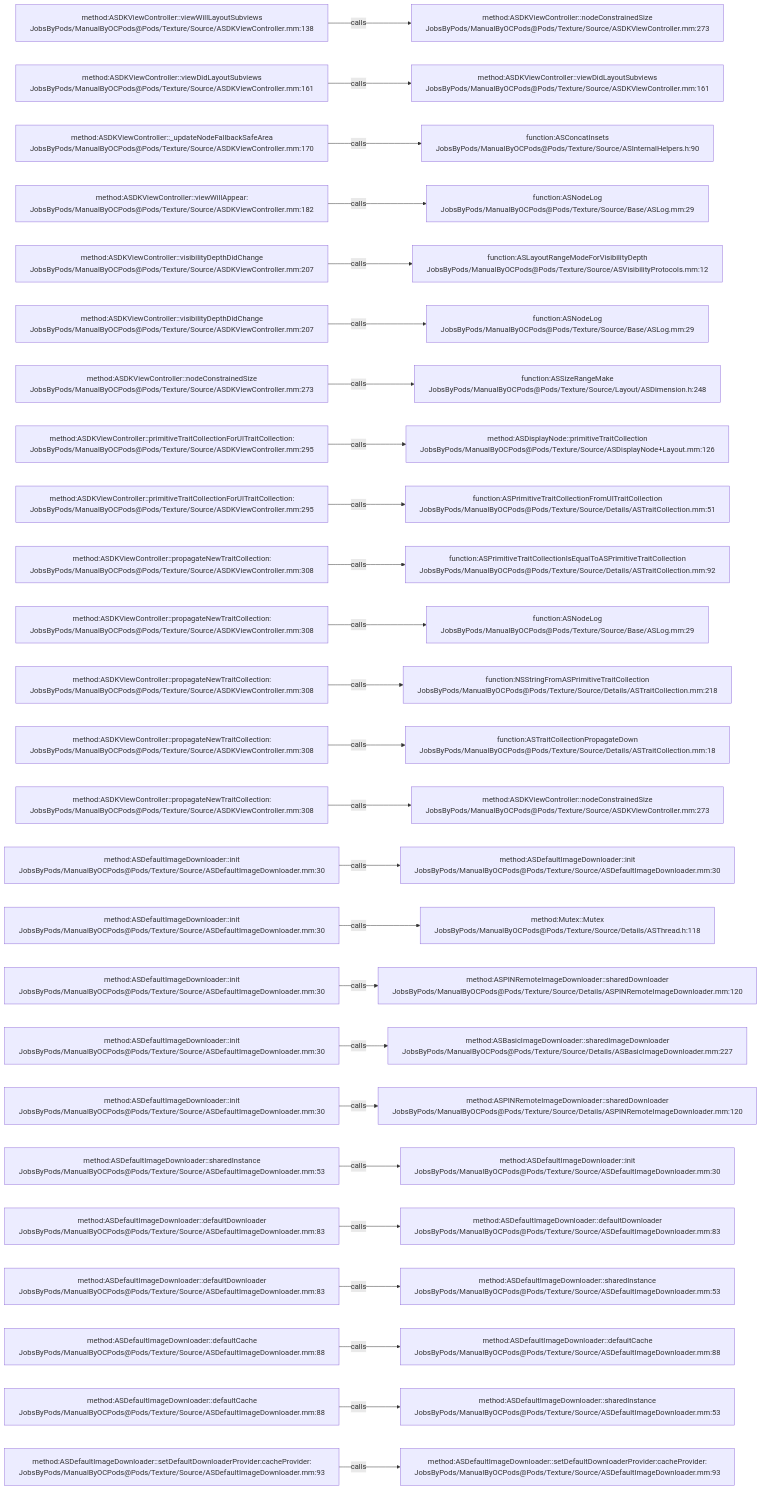
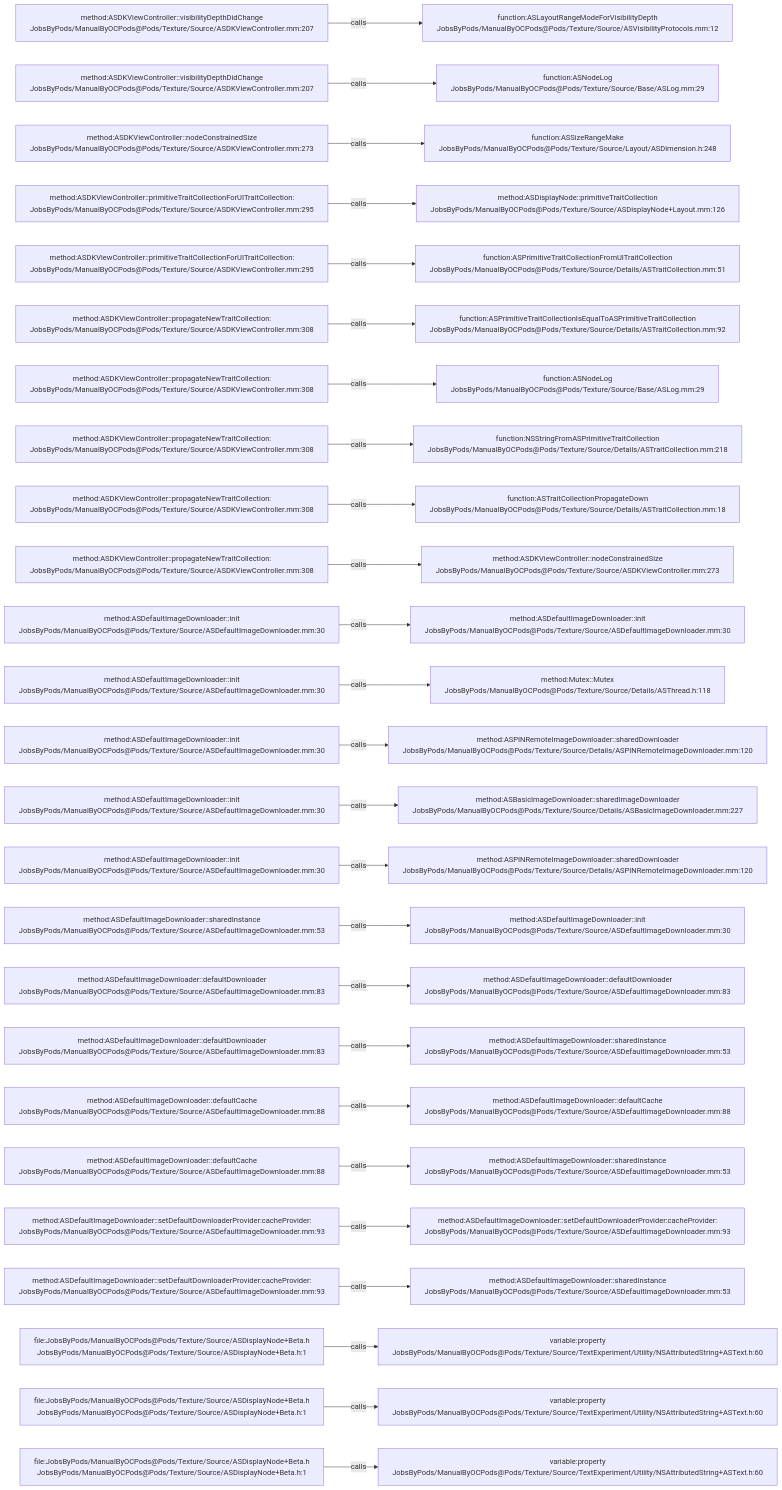
The diagram in .codegraph/codegraph.md/graphs/calls-087.md (JobsKits/JobsOCBaseConfigDemo), drawn with Mermaid before and after one commit. The commit also changed 727 other files, not shown here.

````diff
--- a/.codegraph/codegraph.md/graphs/calls-087.md
+++ b/.codegraph/codegraph.md/graphs/calls-087.md
@@ -13,78 +13,78 @@
 ```mermaid
 flowchart LR
-  S1["method:ASDKViewController::viewWillLayoutSubviews<br/>JobsByPods/ManualByOCPods@Pods/Texture/Source/ASDKViewController.mm:138"]
-  T1["method:ASDKViewController::nodeConstrainedSize<br/>JobsByPods/ManualByOCPods@Pods/Texture/Source/ASDKViewController.mm:273"]
+  S1["method:ASDKViewController::visibilityDepthDidChange<br/>JobsByPods/ManualByOCPods@Pods/Texture/Source/ASDKViewController.mm:207"]
+  T1["function:ASLayoutRangeModeForVisibilityDepth<br/>JobsByPods/ManualByOCPods@Pods/Texture/Source/ASVisibilityProtocols.mm:12"]
   S1 -->|calls| T1
-  S2["method:ASDKViewController::viewDidLayoutSubviews<br/>JobsByPods/ManualByOCPods@Pods/Texture/Source/ASDKViewController.mm:161"]
-  T2["method:ASDKViewController::viewDidLayoutSubviews<br/>JobsByPods/ManualByOCPods@Pods/Texture/Source/ASDKViewController.mm:161"]
+  S2["method:ASDKViewController::visibilityDepthDidChange<br/>JobsByPods/ManualByOCPods@Pods/Texture/Source/ASDKViewController.mm:207"]
+  T2["function:ASNodeLog<br/>JobsByPods/ManualByOCPods@Pods/Texture/Source/Base/ASLog.mm:29"]
   S2 -->|calls| T2
-  S3["method:ASDKViewController::_updateNodeFallbackSafeArea<br/>JobsByPods/ManualByOCPods@Pods/Texture/Source/ASDKViewController.mm:170"]
-  T3["function:ASConcatInsets<br/>JobsByPods/ManualByOCPods@Pods/Texture/Source/ASInternalHelpers.h:90"]
+  S3["method:ASDKViewController::nodeConstrainedSize<br/>JobsByPods/ManualByOCPods@Pods/Texture/Source/ASDKViewController.mm:273"]
+  T3["function:ASSizeRangeMake<br/>JobsByPods/ManualByOCPods@Pods/Texture/Source/Layout/ASDimension.h:248"]
   S3 -->|calls| T3
-  S4["method:ASDKViewController::viewWillAppear:<br/>JobsByPods/ManualByOCPods@Pods/Texture/Source/ASDKViewController.mm:182"]
-  T4["function:ASNodeLog<br/>JobsByPods/ManualByOCPods@Pods/Texture/Source/Base/ASLog.mm:29"]
+  S4["method:ASDKViewController::primitiveTraitCollectionForUITraitCollection:<br/>JobsByPods/ManualByOCPods@Pods/Texture/Source/ASDKViewController.mm:295"]
+  T4["method:ASDisplayNode::primitiveTraitCollection<br/>JobsByPods/ManualByOCPods@Pods/Texture/Source/ASDisplayNode+Layout.mm:126"]
   S4 -->|calls| T4
-  S5["method:ASDKViewController::visibilityDepthDidChange<br/>JobsByPods/ManualByOCPods@Pods/Texture/Source/ASDKViewController.mm:207"]
-  T5["function:ASLayoutRangeModeForVisibilityDepth<br/>JobsByPods/ManualByOCPods@Pods/Texture/Source/ASVisibilityProtocols.mm:12"]
+  S5["method:ASDKViewController::primitiveTraitCollectionForUITraitCollection:<br/>JobsByPods/ManualByOCPods@Pods/Texture/Source/ASDKViewController.mm:295"]
+  T5["function:ASPrimitiveTraitCollectionFromUITraitCollection<br/>JobsByPods/ManualByOCPods@Pods/Texture/Source/Details/ASTraitCollection.mm:51"]
   S5 -->|calls| T5
-  S6["method:ASDKViewController::visibilityDepthDidChange<br/>JobsByPods/ManualByOCPods@Pods/Texture/Source/ASDKViewController.mm:207"]
-  T6["function:ASNodeLog<br/>JobsByPods/ManualByOCPods@Pods/Texture/Source/Base/ASLog.mm:29"]
+  S6["method:ASDKViewController::propagateNewTraitCollection:<br/>JobsByPods/ManualByOCPods@Pods/Texture/Source/ASDKViewController.mm:308"]
+  T6["function:ASPrimitiveTraitCollectionIsEqualToASPrimitiveTraitCollection<br/>JobsByPods/ManualByOCPods@Pods/Texture/Source/Details/ASTraitCollection.mm:92"]
   S6 -->|calls| T6
-  S7["method:ASDKViewController::nodeConstrainedSize<br/>JobsByPods/ManualByOCPods@Pods/Texture/Source/ASDKViewController.mm:273"]
-  T7["function:ASSizeRangeMake<br/>JobsByPods/ManualByOCPods@Pods/Texture/Source/Layout/ASDimension.h:248"]
+  S7["method:ASDKViewController::propagateNewTraitCollection:<br/>JobsByPods/ManualByOCPods@Pods/Texture/Source/ASDKViewController.mm:308"]
+  T7["function:ASNodeLog<br/>JobsByPods/ManualByOCPods@Pods/Texture/Source/Base/ASLog.mm:29"]
   S7 -->|calls| T7
-  S8["method:ASDKViewController::primitiveTraitCollectionForUITraitCollection:<br/>JobsByPods/ManualByOCPods@Pods/Texture/Source/ASDKViewController.mm:295"]
-  T8["method:ASDisplayNode::primitiveTraitCollection<br/>JobsByPods/ManualByOCPods@Pods/Texture/Source/ASDisplayNode+Layout.mm:126"]
+  S8["method:ASDKViewController::propagateNewTraitCollection:<br/>JobsByPods/ManualByOCPods@Pods/Texture/Source/ASDKViewController.mm:308"]
+  T8["function:NSStringFromASPrimitiveTraitCollection<br/>JobsByPods/ManualByOCPods@Pods/Texture/Source/Details/ASTraitCollection.mm:218"]
   S8 -->|calls| T8
-  S9["method:ASDKViewController::primitiveTraitCollectionForUITraitCollection:<br/>JobsByPods/ManualByOCPods@Pods/Texture/Source/ASDKViewController.mm:295"]
-  T9["function:ASPrimitiveTraitCollectionFromUITraitCollection<br/>JobsByPods/ManualByOCPods@Pods/Texture/Source/Details/ASTraitCollection.mm:51"]
+  S9["method:ASDKViewController::propagateNewTraitCollection:<br/>JobsByPods/ManualByOCPods@Pods/Texture/Source/ASDKViewController.mm:308"]
+  T9["function:ASTraitCollectionPropagateDown<br/>JobsByPods/ManualByOCPods@Pods/Texture/Source/Details/ASTraitCollection.mm:18"]
   S9 -->|calls| T9
   S10["method:ASDKViewController::propagateNewTraitCollection:<br/>JobsByPods/ManualByOCPods@Pods/Texture/Source/ASDKViewController.mm:308"]
-  T10["function:ASPrimitiveTraitCollectionIsEqualToASPrimitiveTraitCollection<br/>JobsByPods/ManualByOCPods@Pods/Texture/Source/Details/ASTraitCollection.mm:92"]
+  T10["method:ASDKViewController::nodeConstrainedSize<br/>JobsByPods/ManualByOCPods@Pods/Texture/Source/ASDKViewController.mm:273"]
   S10 -->|calls| T10
-  S11["method:ASDKViewController::propagateNewTraitCollection:<br/>JobsByPods/ManualByOCPods@Pods/Texture/Source/ASDKViewController.mm:308"]
-  T11["function:ASNodeLog<br/>JobsByPods/ManualByOCPods@Pods/Texture/Source/Base/ASLog.mm:29"]
+  S11["method:ASDefaultImageDownloader::init<br/>JobsByPods/ManualByOCPods@Pods/Texture/Source/ASDefaultImageDownloader.mm:30"]
+  T11["method:ASDefaultImageDownloader::init<br/>JobsByPods/ManualByOCPods@Pods/Texture/Source/ASDefaultImageDownloader.mm:30"]
   S11 -->|calls| T11
-  S12["method:ASDKViewController::propagateNewTraitCollection:<br/>JobsByPods/ManualByOCPods@Pods/Texture/Source/ASDKViewController.mm:308"]
-  T12["function:NSStringFromASPrimitiveTraitCollection<br/>JobsByPods/ManualByOCPods@Pods/Texture/Source/Details/ASTraitCollection.mm:218"]
+  S12["method:ASDefaultImageDownloader::init<br/>JobsByPods/ManualByOCPods@Pods/Texture/Source/ASDefaultImageDownloader.mm:30"]
+  T12["method:Mutex::Mutex<br/>JobsByPods/ManualByOCPods@Pods/Texture/Source/Details/ASThread.h:118"]
   S12 -->|calls| T12
-  S13["method:ASDKViewController::propagateNewTraitCollection:<br/>JobsByPods/ManualByOCPods@Pods/Texture/Source/ASDKViewController.mm:308"]
-  T13["function:ASTraitCollectionPropagateDown<br/>JobsByPods/ManualByOCPods@Pods/Texture/Source/Details/ASTraitCollection.mm:18"]
+  S13["method:ASDefaultImageDownloader::init<br/>JobsByPods/ManualByOCPods@Pods/Texture/Source/ASDefaultImageDownloader.mm:30"]
+  T13["method:ASPINRemoteImageDownloader::sharedDownloader<br/>JobsByPods/ManualByOCPods@Pods/Texture/Source/Details/ASPINRemoteImageDownloader.mm:120"]
   S13 -->|calls| T13
-  S14["method:ASDKViewController::propagateNewTraitCollection:<br/>JobsByPods/ManualByOCPods@Pods/Texture/Source/ASDKViewController.mm:308"]
-  T14["method:ASDKViewController::nodeConstrainedSize<br/>JobsByPods/ManualByOCPods@Pods/Texture/Source/ASDKViewController.mm:273"]
+  S14["method:ASDefaultImageDownloader::init<br/>JobsByPods/ManualByOCPods@Pods/Texture/Source/ASDefaultImageDownloader.mm:30"]
+  T14["method:ASBasicImageDownloader::sharedImageDownloader<br/>JobsByPods/ManualByOCPods@Pods/Texture/Source/Details/ASBasicImageDownloader.mm:227"]
   S14 -->|calls| T14
   S15["method:ASDefaultImageDownloader::init<br/>JobsByPods/ManualByOCPods@Pods/Texture/Source/ASDefaultImageDownloader.mm:30"]
-  T15["method:ASDefaultImageDownloader::init<br/>JobsByPods/ManualByOCPods@Pods/Texture/Source/ASDefaultImageDownloader.mm:30"]
+  T15["method:ASPINRemoteImageDownloader::sharedDownloader<br/>JobsByPods/ManualByOCPods@Pods/Texture/Source/Details/ASPINRemoteImageDownloader.mm:120"]
   S15 -->|calls| T15
-  S16["method:ASDefaultImageDownloader::init<br/>JobsByPods/ManualByOCPods@Pods/Texture/Source/ASDefaultImageDownloader.mm:30"]
-  T16["method:Mutex::Mutex<br/>JobsByPods/ManualByOCPods@Pods/Texture/Source/Details/ASThread.h:118"]
+  S16["method:ASDefaultImageDownloader::sharedInstance<br/>JobsByPods/ManualByOCPods@Pods/Texture/Source/ASDefaultImageDownloader.mm:53"]
+  T16["method:ASDefaultImageDownloader::init<br/>JobsByPods/ManualByOCPods@Pods/Texture/Source/ASDefaultImageDownloader.mm:30"]
   S16 -->|calls| T16
-  S17["method:ASDefaultImageDownloader::init<br/>JobsByPods/ManualByOCPods@Pods/Texture/Source/ASDefaultImageDownloader.mm:30"]
-  T17["method:ASPINRemoteImageDownloader::sharedDownloader<br/>JobsByPods/ManualByOCPods@Pods/Texture/Source/Details/ASPINRemoteImageDownloader.mm:120"]
+  S17["method:ASDefaultImageDownloader::defaultDownloader<br/>JobsByPods/ManualByOCPods@Pods/Texture/Source/ASDefaultImageDownloader.mm:83"]
+  T17["method:ASDefaultImageDownloader::defaultDownloader<br/>JobsByPods/ManualByOCPods@Pods/Texture/Source/ASDefaultImageDownloader.mm:83"]
   S17 -->|calls| T17
-  S18["method:ASDefaultImageDownloader::init<br/>JobsByPods/ManualByOCPods@Pods/Texture/Source/ASDefaultImageDownloader.mm:30"]
-  T18["method:ASBasicImageDownloader::sharedImageDownloader<br/>JobsByPods/ManualByOCPods@Pods/Texture/Source/Details/ASBasicImageDownloader.mm:227"]
+  S18["method:ASDefaultImageDownloader::defaultDownloader<br/>JobsByPods/ManualByOCPods@Pods/Texture/Source/ASDefaultImageDownloader.mm:83"]
+  T18["method:ASDefaultImageDownloader::sharedInstance<br/>JobsByPods/ManualByOCPods@Pods/Texture/Source/ASDefaultImageDownloader.mm:53"]
   S18 -->|calls| T18
-  S19["method:ASDefaultImageDownloader::init<br/>JobsByPods/ManualByOCPods@Pods/Texture/Source/ASDefaultImageDownloader.mm:30"]
-  T19["method:ASPINRemoteImageDownloader::sharedDownloader<br/>JobsByPods/ManualByOCPods@Pods/Texture/Source/Details/ASPINRemoteImageDownloader.mm:120"]
+  S19["method:ASDefaultImageDownloader::defaultCache<br/>JobsByPods/ManualByOCPods@Pods/Texture/Source/ASDefaultImageDownloader.mm:88"]
+  T19["method:ASDefaultImageDownloader::defaultCache<br/>JobsByPods/ManualByOCPods@Pods/Texture/Source/ASDefaultImageDownloader.mm:88"]
   S19 -->|calls| T19
-  S20["method:ASDefaultImageDownloader::sharedInstance<br/>JobsByPods/ManualByOCPods@Pods/Texture/Source/ASDefaultImageDownloader.mm:53"]
-  T20["method:ASDefaultImageDownloader::init<br/>JobsByPods/ManualByOCPods@Pods/Texture/Source/ASDefaultImageDownloader.mm:30"]
+  S20["method:ASDefaultImageDownloader::defaultCache<br/>JobsByPods/ManualByOCPods@Pods/Texture/Source/ASDefaultImageDownloader.mm:88"]
+  T20["method:ASDefaultImageDownloader::sharedInstance<br/>JobsByPods/ManualByOCPods@Pods/Texture/Source/ASDefaultImageDownloader.mm:53"]
   S20 -->|calls| T20
-  S21["method:ASDefaultImageDownloader::defaultDownloader<br/>JobsByPods/ManualByOCPods@Pods/Texture/Source/ASDefaultImageDownloader.mm:83"]
-  T21["method:ASDefaultImageDownloader::defaultDownloader<br/>JobsByPods/ManualByOCPods@Pods/Texture/Source/ASDefaultImageDownloader.mm:83"]
+  S21["method:ASDefaultImageDownloader::setDefaultDownloaderProvider:cacheProvider:<br/>JobsByPods/ManualByOCPods@Pods/Texture/Source/ASDefaultImageDownloader.mm:93"]
+  T21["method:ASDefaultImageDownloader::setDefaultDownloaderProvider:cacheProvider:<br/>JobsByPods/ManualByOCPods@Pods/Texture/Source/ASDefaultImageDownloader.mm:93"]
   S21 -->|calls| T21
-  S22["method:ASDefaultImageDownloader::defaultDownloader<br/>JobsByPods/ManualByOCPods@Pods/Texture/Source/ASDefaultImageDownloader.mm:83"]
+  S22["method:ASDefaultImageDownloader::setDefaultDownloaderProvider:cacheProvider:<br/>JobsByPods/ManualByOCPods@Pods/Texture/Source/ASDefaultImageDownloader.mm:93"]
   T22["method:ASDefaultImageDownloader::sharedInstance<br/>JobsByPods/ManualByOCPods@Pods/Texture/Source/ASDefaultImageDownloader.mm:53"]
   S22 -->|calls| T22
-  S23["method:ASDefaultImageDownloader::defaultCache<br/>JobsByPods/ManualByOCPods@Pods/Texture/Source/ASDefaultImageDownloader.mm:88"]
-  T23["method:ASDefaultImageDownloader::defaultCache<br/>JobsByPods/ManualByOCPods@Pods/Texture/Source/ASDefaultImageDownloader.mm:88"]
+  S23["file:JobsByPods/ManualByOCPods@Pods/Texture/Source/ASDisplayNode+Beta.h<br/>JobsByPods/ManualByOCPods@Pods/Texture/Source/ASDisplayNode+Beta.h:1"]
+  T23["variable:property<br/>JobsByPods/ManualByOCPods@Pods/Texture/Source/TextExperiment/Utility/NSAttributedString+ASText.h:60"]
   S23 -->|calls| T23
-  S24["method:ASDefaultImageDownloader::defaultCache<br/>JobsByPods/ManualByOCPods@Pods/Texture/Source/ASDefaultImageDownloader.mm:88"]
-  T24["method:ASDefaultImageDownloader::sharedInstance<br/>JobsByPods/ManualByOCPods@Pods/Texture/Source/ASDefaultImageDownloader.mm:53"]
+  S24["file:JobsByPods/ManualByOCPods@Pods/Texture/Source/ASDisplayNode+Beta.h<br/>JobsByPods/ManualByOCPods@Pods/Texture/Source/ASDisplayNode+Beta.h:1"]
+  T24["variable:property<br/>JobsByPods/ManualByOCPods@Pods/Texture/Source/TextExperiment/Utility/NSAttributedString+ASText.h:60"]
   S24 -->|calls| T24
-  S25["method:ASDefaultImageDownloader::setDefaultDownloaderProvider:cacheProvider:<br/>JobsByPods/ManualByOCPods@Pods/Texture/Source/ASDefaultImageDownloader.mm:93"]
-  T25["method:ASDefaultImageDownloader::setDefaultDownloaderProvider:cacheProvider:<br/>JobsByPods/ManualByOCPods@Pods/Texture/Source/ASDefaultImageDownloader.mm:93"]
+  S25["file:JobsByPods/ManualByOCPods@Pods/Texture/Source/ASDisplayNode+Beta.h<br/>JobsByPods/ManualByOCPods@Pods/Texture/Source/ASDisplayNode+Beta.h:1"]
+  T25["variable:property<br/>JobsByPods/ManualByOCPods@Pods/Texture/Source/TextExperiment/Utility/NSAttributedString+ASText.h:60"]
   S25 -->|calls| T25
 ```
````
